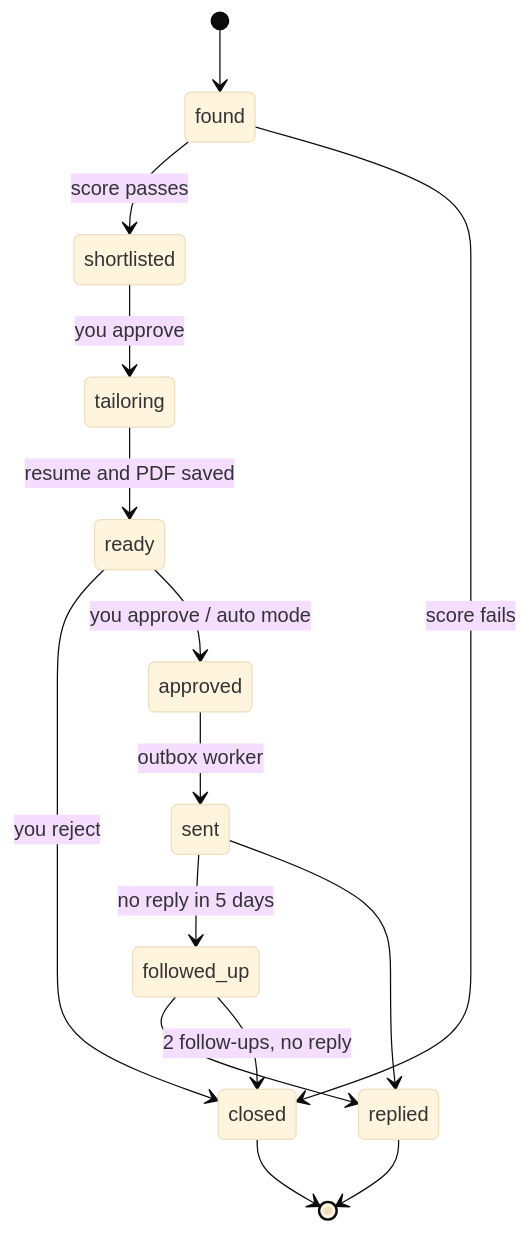
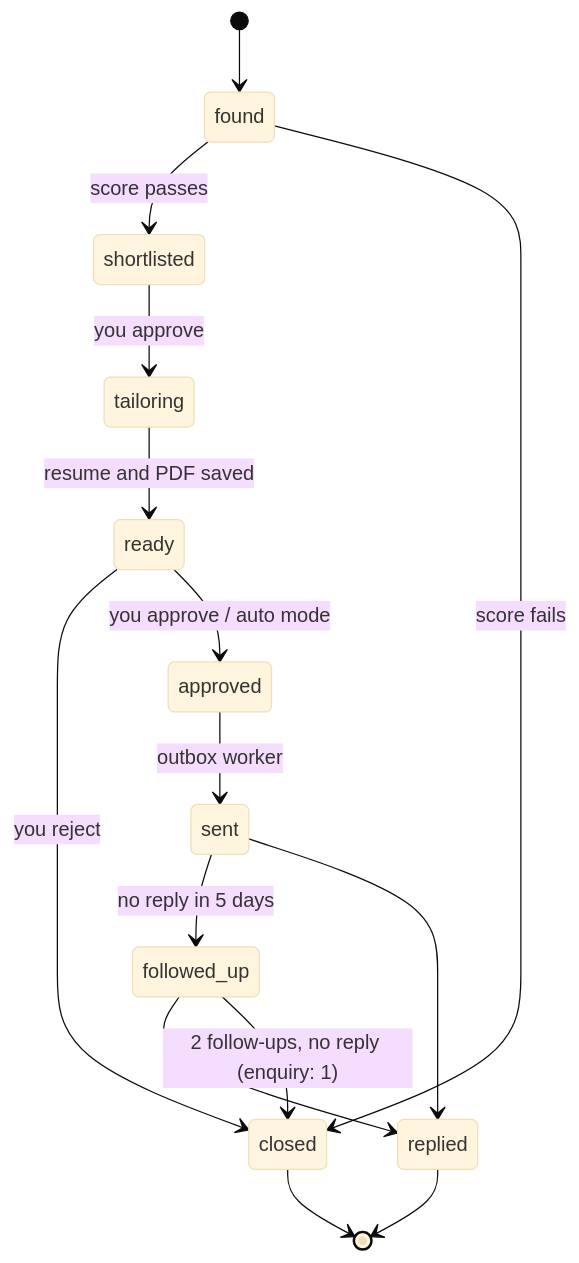
One commit to yashsm01/Auto-Employment changed the second of 2 diagrams in docs/PROCESS_FLOW.md. Above: the diagram before and after it, drawn with Mermaid (base theme). The commit also changed other lines of this file and 68 other files, not shown here.

````diff
--- a/docs/PROCESS_FLOW.md
+++ b/docs/PROCESS_FLOW.md
@@ -47,17 +47,17 @@
 ```mermaid
 stateDiagram-v2
     [*] --> found
     found --> shortlisted: score passes
     found --> closed: score fails
     shortlisted --> tailoring: you approve
     tailoring --> ready: resume and PDF saved
     ready --> closed: you reject
     ready --> approved: you approve / auto mode
     approved --> sent: outbox worker
     sent --> followed_up: no reply in 5 days
     sent --> replied
     followed_up --> replied
-    followed_up --> closed: 2 follow-ups, no reply
+    followed_up --> closed: 2 follow-ups, no reply (enquiry: 1)
     replied --> [*]
     closed --> [*]
 ```
````
